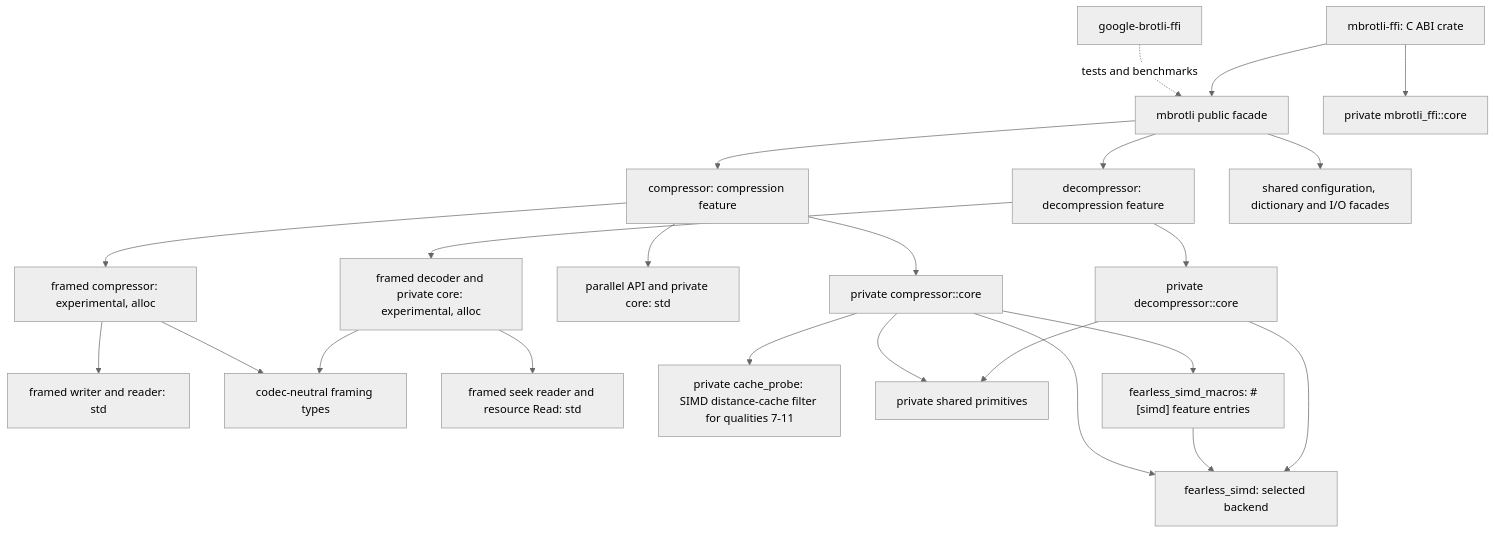
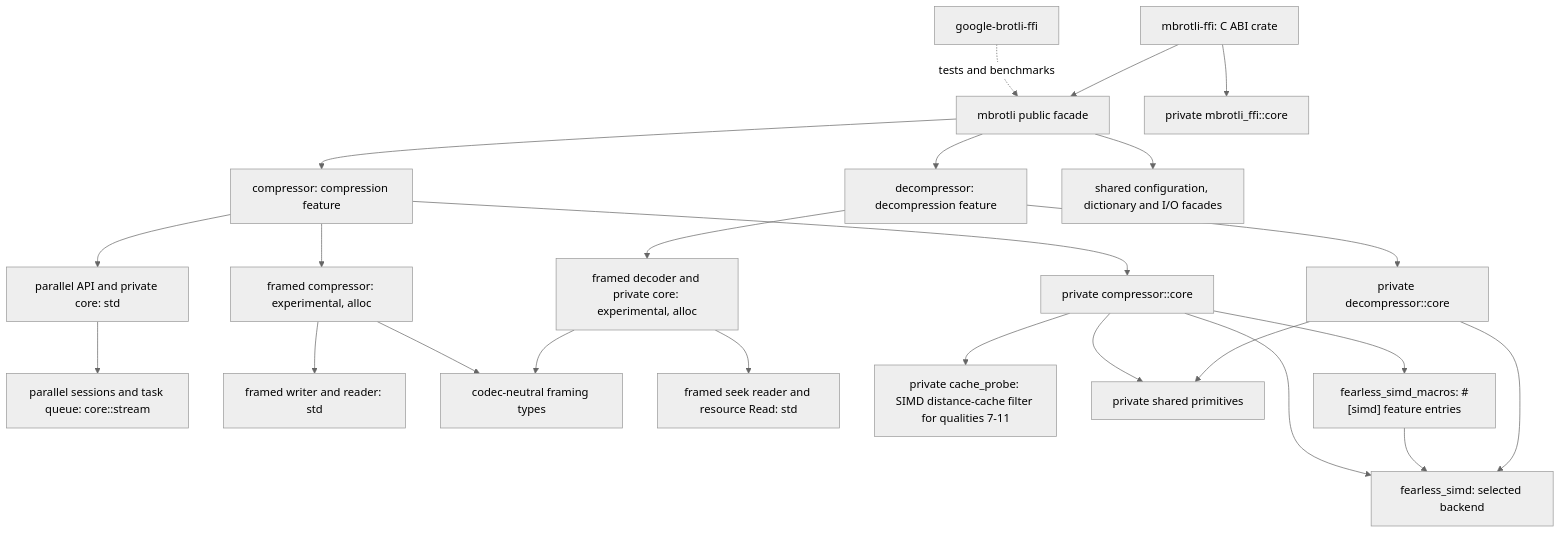
One commit to M-Compressors/mbrotli changed the diagram in architecture/README.md. Above: the diagram before and after it, drawn with Mermaid (neutral theme). The commit also changed other lines of this file and 17 other files, not shown here.

Commit message:
Add parallel encoder sessions

````diff
--- a/architecture/README.md
+++ b/architecture/README.md
@@ -9,25 +9,26 @@
 ```mermaid
 graph TD
     Root[mbrotli public facade] --> Encode[compressor: compression feature]
     Root --> Decode[decompressor: decompression feature]
     Root --> Common[shared configuration, dictionary and I/O facades]
     Encode --> ECore[private compressor::core]
     Decode --> DCore[private decompressor::core]
     Encode --> Parallel[parallel API and private core: std]
+    Parallel --> PStream[parallel sessions and task queue: core::stream]
     Encode --> Framing[framed compressor: experimental, alloc]
     Framing --> FIO[framed writer and reader: std]
     Decode --> FDecode[framed decoder and private core: experimental, alloc]
     Framing --> Wire[codec-neutral framing types]
     FDecode --> Seek[framed seek reader and resource Read: std]
     FDecode --> Wire
     ECore --> Probe[private cache_probe: SIMD distance-cache filter for qualities 7-11]
     ECore --> Shared[private shared primitives]
     DCore --> Shared
     ECore --> SIMD[fearless_simd: selected backend]
     ECore --> Macro["fearless_simd_macros: #[simd] feature entries"]
     Macro --> SIMD
     DCore --> SIMD
     C[google-brotli-ffi] -. tests and benchmarks .-> Root
     CABI[mbrotli-ffi: C ABI crate] --> Root
     CABI --> CCore[private mbrotli_ffi::core]
 ```
````
